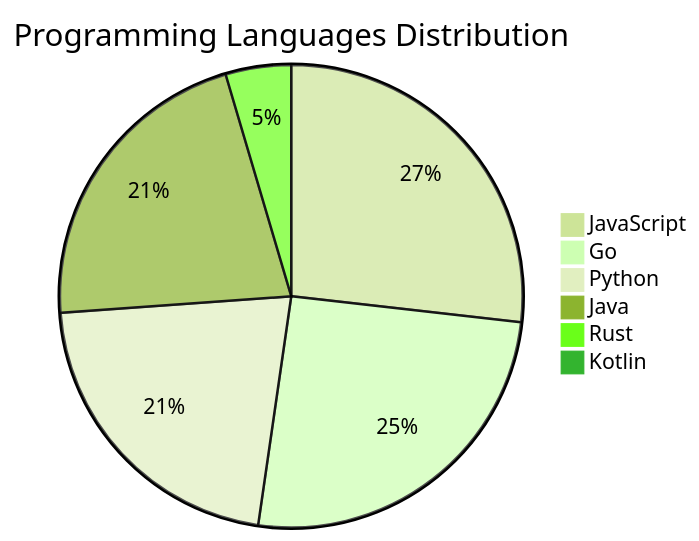
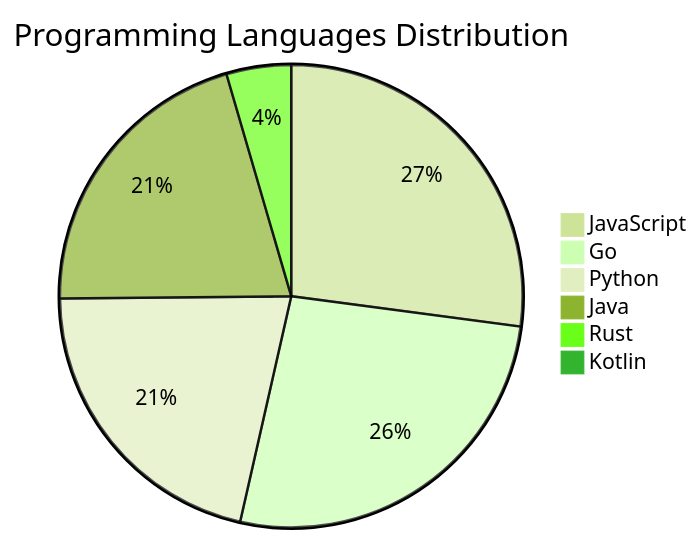
One commit to Derrick-MUGISHA/github-activity-bot changed the diagram in README.md. Above: the diagram before and after it, drawn with Mermaid (forest theme). The commit also changed other lines of this file and 4 other files, not shown here.

````diff
--- a/README.md
+++ b/README.md
@@ -206,9 +206,9 @@
 ```mermaid
 pie title Programming Languages Distribution
-    "JavaScript" : 41
-    "Go" : 39
+    "JavaScript" : 42
+    "Go" : 41
     "Python" : 33
-    "Java" : 33
+    "Java" : 32
     "Rust" : 7
     "Kotlin" : 1
 ```
````
